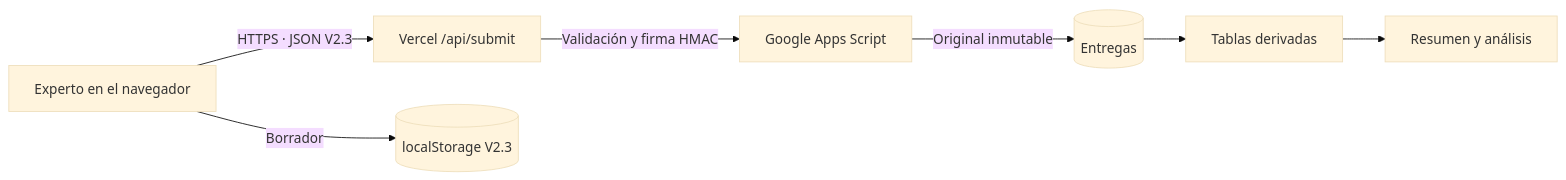
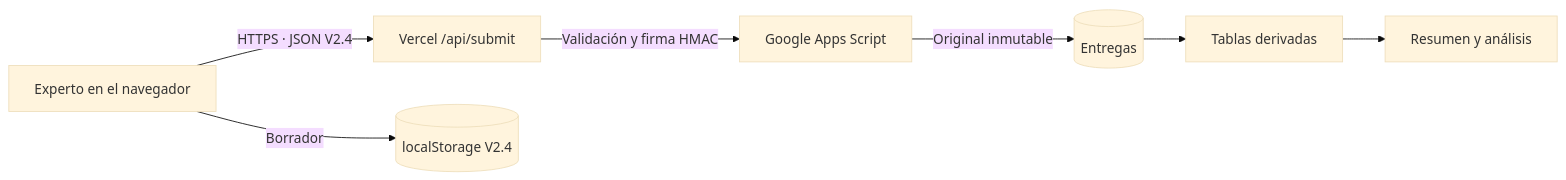
Before and after one commit to goncazasa/diagnostico-startup: the diagram in docs/ARQUITECTURA-Y-OPERACION.md, drawn with Mermaid (base theme). The commit also changed other lines of this file and 22 other files, not shown here.

````diff
--- a/docs/ARQUITECTURA-Y-OPERACION.md
+++ b/docs/ARQUITECTURA-Y-OPERACION.md
@@ -5,9 +5,9 @@
 ```mermaid
 flowchart LR
-    E[Experto en el navegador] -->|HTTPS · JSON V2.3| V[Vercel /api/submit]
+    E[Experto en el navegador] -->|HTTPS · JSON V2.4| V[Vercel /api/submit]
     V -->|Validación y firma HMAC| G[Google Apps Script]
     G -->|Original inmutable| A[(Entregas)]
     A --> R[Tablas derivadas]
     R --> S[Resumen y análisis]
-    E -->|Borrador| L[(localStorage V2.3)]
+    E -->|Borrador| L[(localStorage V2.4)]
 ```
````
